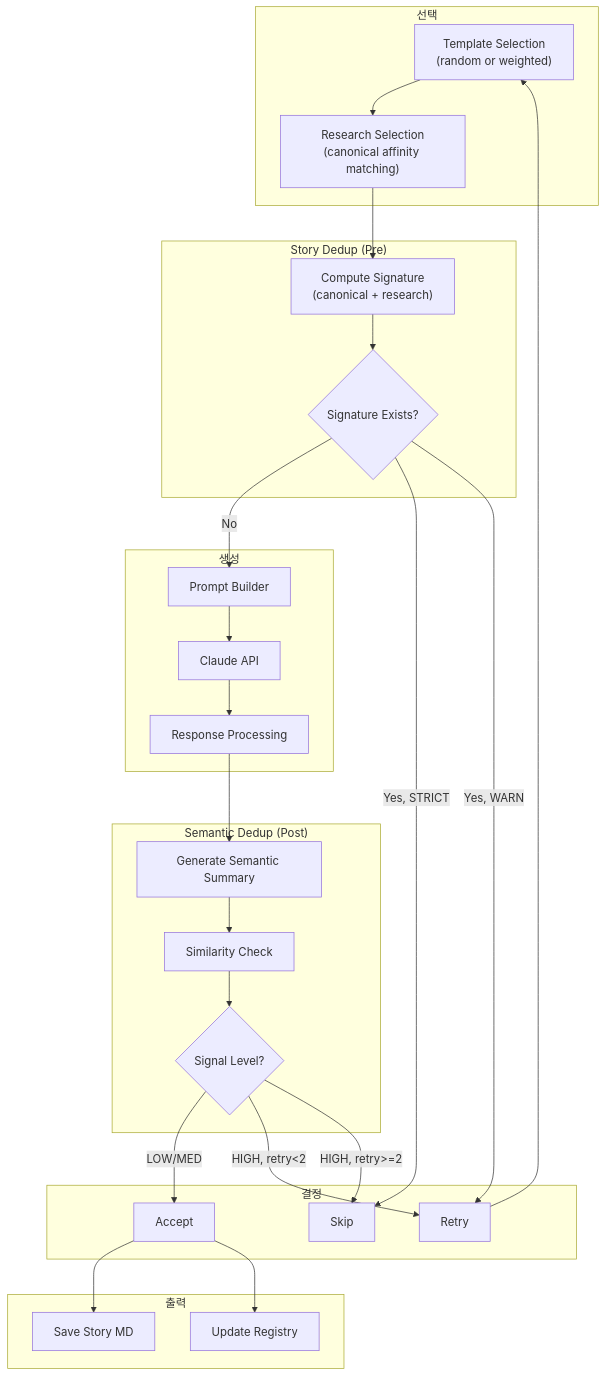
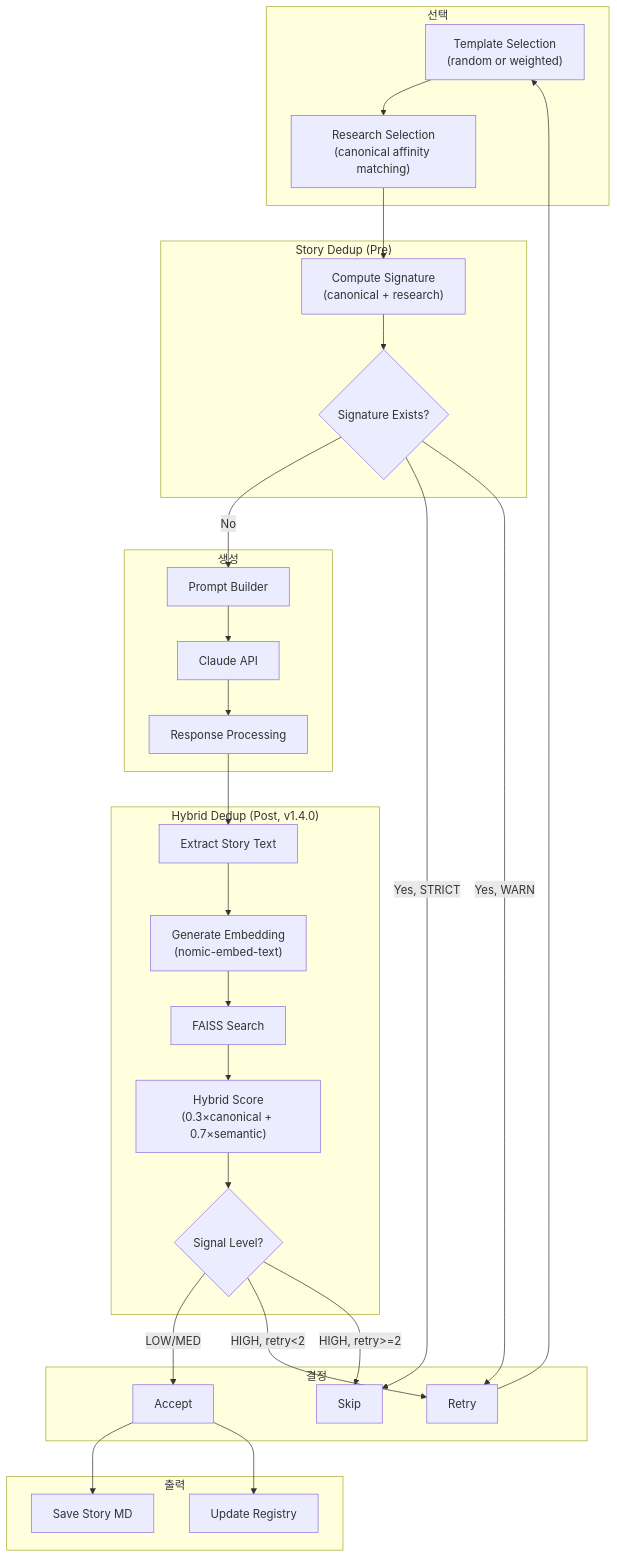
One commit to VinylStage/horror-story-generator changed the second of 5 diagrams in docs/technical/dataflow.md. Above: the diagram before and after it, drawn with Mermaid. The commit also changed other lines of this file and 6 other files, not shown here.

First line of the commit message:
docs: add story semantic dedup documentation

````diff
--- a/docs/technical/dataflow.md
+++ b/docs/technical/dataflow.md
@@ -124,53 +124,57 @@
 ```mermaid
 flowchart TB
     subgraph Selection["선택"]
         A1["Template Selection<br/>(random or weighted)"]
         A2["Research Selection<br/>(canonical affinity matching)"]
     end
 
     subgraph StoryDedup["Story Dedup (Pre)"]
         B1["Compute Signature<br/>(canonical + research)"]
         B2{"Signature Exists?"}
     end
 
     subgraph Generation["생성"]
         C1["Prompt Builder"]
         C2["Claude API"]
         C3["Response Processing"]
     end
 
-    subgraph SemanticDedup["Semantic Dedup (Post)"]
-        D1["Generate Semantic Summary"]
-        D2["Similarity Check"]
-        D3{"Signal Level?"}
+    subgraph HybridDedup["Hybrid Dedup (Post, v1.4.0)"]
+        D1["Extract Story Text"]
+        D2["Generate Embedding<br/>(nomic-embed-text)"]
+        D3["FAISS Search"]
+        D4["Hybrid Score<br/>(0.3×canonical + 0.7×semantic)"]
+        D5{"Signal Level?"}
     end
 
     subgraph Decision["결정"]
         E1["Accept"]
         E2["Retry"]
         E3["Skip"]
     end
 
     subgraph Output["출력"]
         F1["Save Story MD"]
         F2["Update Registry"]
     end
 
     A1 --> A2
     A2 --> B1
     B1 --> B2
     B2 -->|No| C1
     B2 -->|Yes, STRICT| E3
     B2 -->|Yes, WARN| E2
     C1 --> C2
     C2 --> C3
     C3 --> D1
     D1 --> D2
     D2 --> D3
-    D3 -->|LOW/MED| E1
-    D3 -->|HIGH, retry<2| E2
-    D3 -->|HIGH, retry>=2| E3
+    D3 --> D4
+    D4 --> D5
+    D5 -->|LOW/MED| E1
+    D5 -->|HIGH, retry<2| E2
+    D5 -->|HIGH, retry>=2| E3
     E1 --> F1
     E1 --> F2
     E2 --> A1
 ```
````
